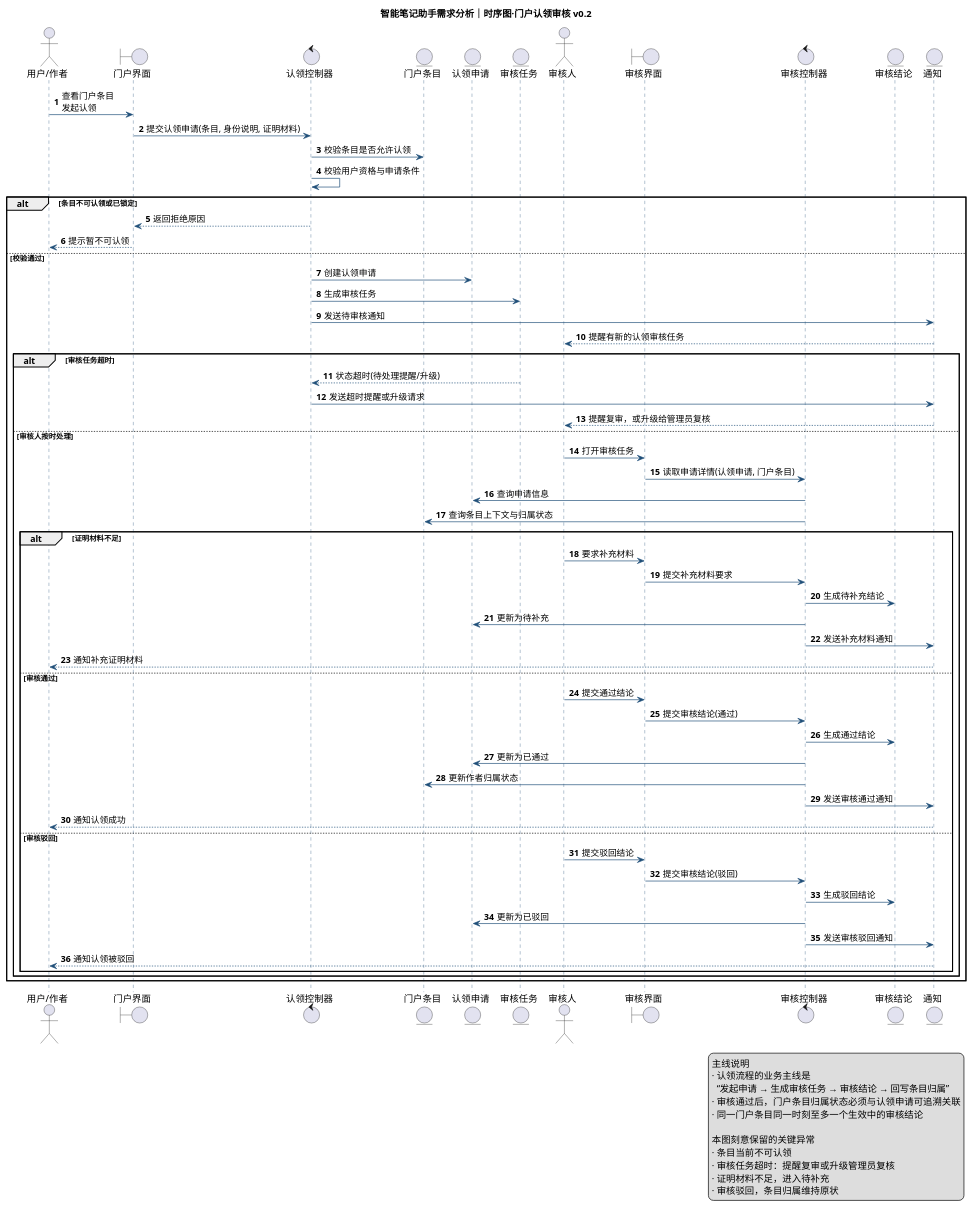
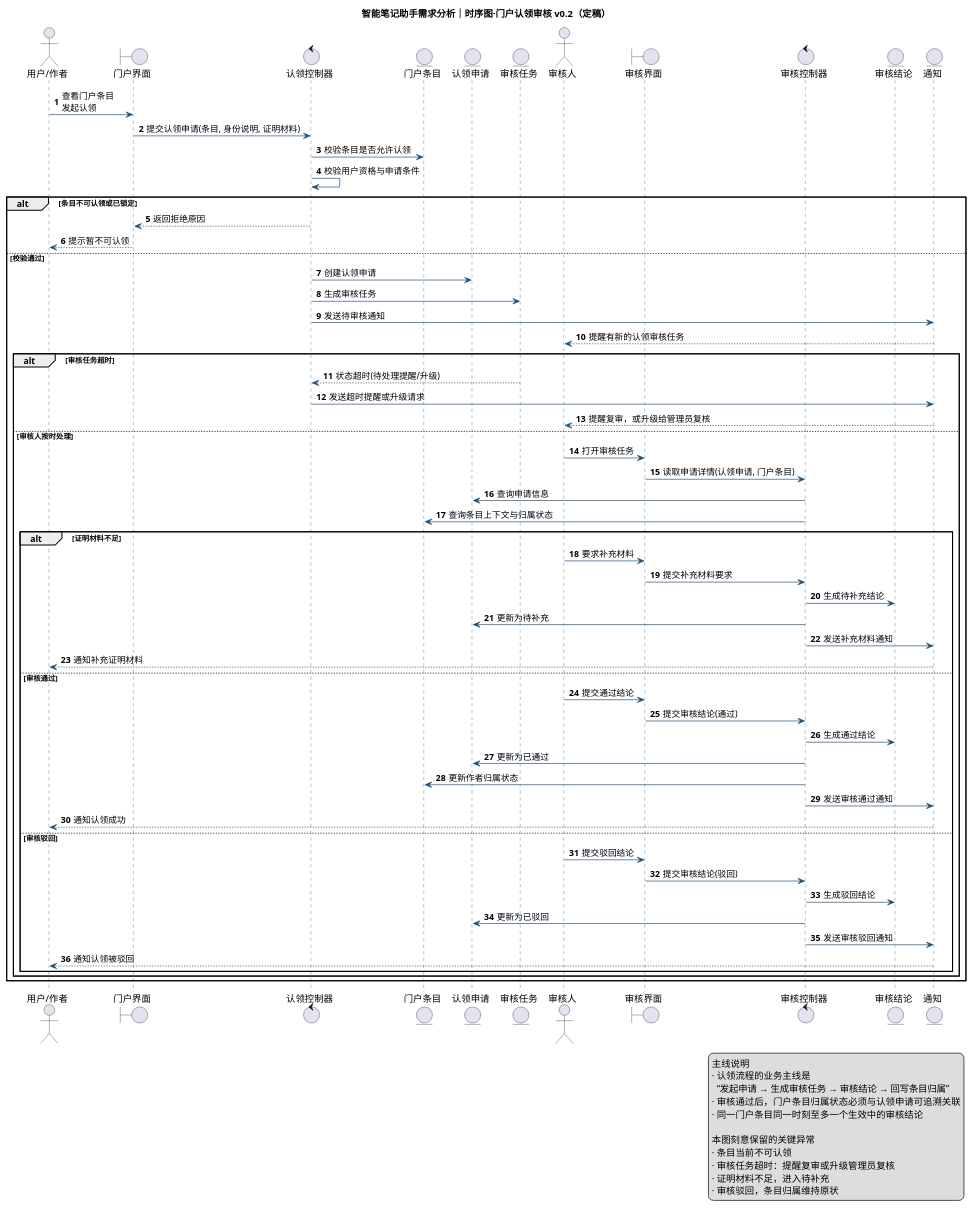
One commit to Intelligent-Reader-2zu/Intelligent-Reader-2zu changed the diagram in 工作区/需求分析/分析图/时序图-门户认领审核-v0.2.puml. Above: the diagram before and after it, drawn with PlantUML. The commit also changed 13 other files, not shown here.

First line of the commit message:
feat(2组/需求分析): 类图定稿并完成一致性检查第二轮 [W4/W9] (#15)

```diff
--- a/工作区/需求分析/分析图/时序图-门户认领审核-v0.2.puml
+++ b/工作区/需求分析/分析图/时序图-门户认领审核-v0.2.puml
@@ -1,95 +1,95 @@
 @startuml
-title 智能笔记助手需求分析｜时序图·门户认领审核 v0.2
+title 智能笔记助手需求分析｜时序图·门户认领审核 v0.2（定稿）
 
 skinparam shadowing false
 skinparam defaultFontName Microsoft YaHei
 skinparam sequence {
   ArrowColor #1F4E78
   LifeLineBorderColor #1F4E78
   ParticipantBackgroundColor #EAF3F8
   ParticipantBorderColor #1F4E78
 }
 autonumber
 
 ' 依据：
 ' - 工作区/需求分析/分析文档/02-关键流程文字脚本-v0.1.md §3
 ' - 工作区/需求分析/分析文档/01-业务对象清单-v0.1.md
 ' v0.2 变更：补 §3.7.3 审核超时分支；legend 增补并行结论约束说明
 
 actor "用户/作者" as U
 boundary "门户界面" as PortalUI
 control "认领控制器" as CC
 entity "门户条目" as Entry
 entity "认领申请" as Claim
 entity "审核任务" as ReviewTask
 actor "审核人" as Reviewer
 boundary "审核界面" as ReviewUI
 control "审核控制器" as RC
 entity "审核结论" as Decision
 entity "通知" as N
 
 U -> PortalUI : 查看门户条目\n发起认领
 PortalUI -> CC : 提交认领申请(条目, 身份说明, 证明材料)
 CC -> Entry : 校验条目是否允许认领
 CC -> CC : 校验用户资格与申请条件
 
 alt 条目不可认领或已锁定
   CC --> PortalUI : 返回拒绝原因
   PortalUI --> U : 提示暂不可认领
 else 校验通过
   CC -> Claim : 创建认领申请
   CC -> ReviewTask : 生成审核任务
   CC -> N : 发送待审核通知
   N --> Reviewer : 提醒有新的认领审核任务
 
   alt 审核任务超时
     ReviewTask --> CC : 状态超时(待处理提醒/升级)
     CC -> N : 发送超时提醒或升级请求
     N --> Reviewer : 提醒复审，或升级给管理员复核
   else 审核人按时处理
     Reviewer -> ReviewUI : 打开审核任务
     ReviewUI -> RC : 读取申请详情(认领申请, 门户条目)
     RC -> Claim : 查询申请信息
     RC -> Entry : 查询条目上下文与归属状态
 
     alt 证明材料不足
       Reviewer -> ReviewUI : 要求补充材料
       ReviewUI -> RC : 提交补充材料要求
       RC -> Decision : 生成待补充结论
       RC -> Claim : 更新为待补充
       RC -> N : 发送补充材料通知
       N --> U : 通知补充证明材料
     else 审核通过
       Reviewer -> ReviewUI : 提交通过结论
       ReviewUI -> RC : 提交审核结论(通过)
       RC -> Decision : 生成通过结论
       RC -> Claim : 更新为已通过
       RC -> Entry : 更新作者归属状态
       RC -> N : 发送审核通过通知
       N --> U : 通知认领成功
     else 审核驳回
       Reviewer -> ReviewUI : 提交驳回结论
       ReviewUI -> RC : 提交审核结论(驳回)
       RC -> Decision : 生成驳回结论
       RC -> Claim : 更新为已驳回
       RC -> N : 发送审核驳回通知
       N --> U : 通知认领被驳回
     end
   end
 end
 
 legend right
   主线说明
   · 认领流程的业务主线是
     “发起申请 → 生成审核任务 → 审核结论 → 回写条目归属”
   · 审核通过后，门户条目归属状态必须与认领申请可追溯关联
   · 同一门户条目同一时刻至多一个生效中的审核结论
 
   本图刻意保留的关键异常
   · 条目当前不可认领
   · 审核任务超时：提醒复审或升级管理员复核
   · 证明材料不足，进入待补充
   · 审核驳回，条目归属维持原状
 endlegend
 
 @enduml
```
